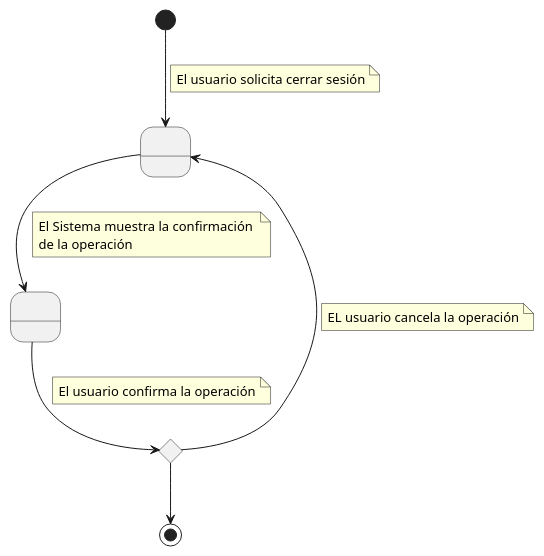
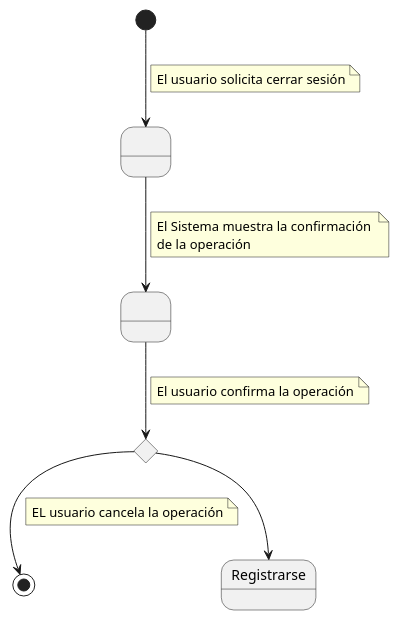
Before and after one commit to mmasias/24-25-IdSw1-SDR: the diagram in Documentos/DetallarCasosDeUso/CerrarSesion.puml, drawn with PlantUML.

```diff
--- a/Documentos/DetallarCasosDeUso/CerrarSesion.puml
+++ b/Documentos/DetallarCasosDeUso/CerrarSesion.puml
@@ -1,25 +1,26 @@
 @startuml
 
 state " " as Estado1
 state " " as Estado2
 
 [*] --> Estado1
     note on link
         El usuario solicita cerrar sesión
     end note
 Estado1 --> Estado2
     note on link
         El Sistema muestra la confirmación 
         de la operación
     end note
 state rombo <<choice>>
 Estado2 --> rombo
 note on link
     El usuario confirma la operación
 end note
 rombo --> [*] 
-rombo --> Estado1
-    note on link
+  note on link
     EL usuario cancela la operación
     end note
+rombo --> Registrarse
+    
 @enduml
```
